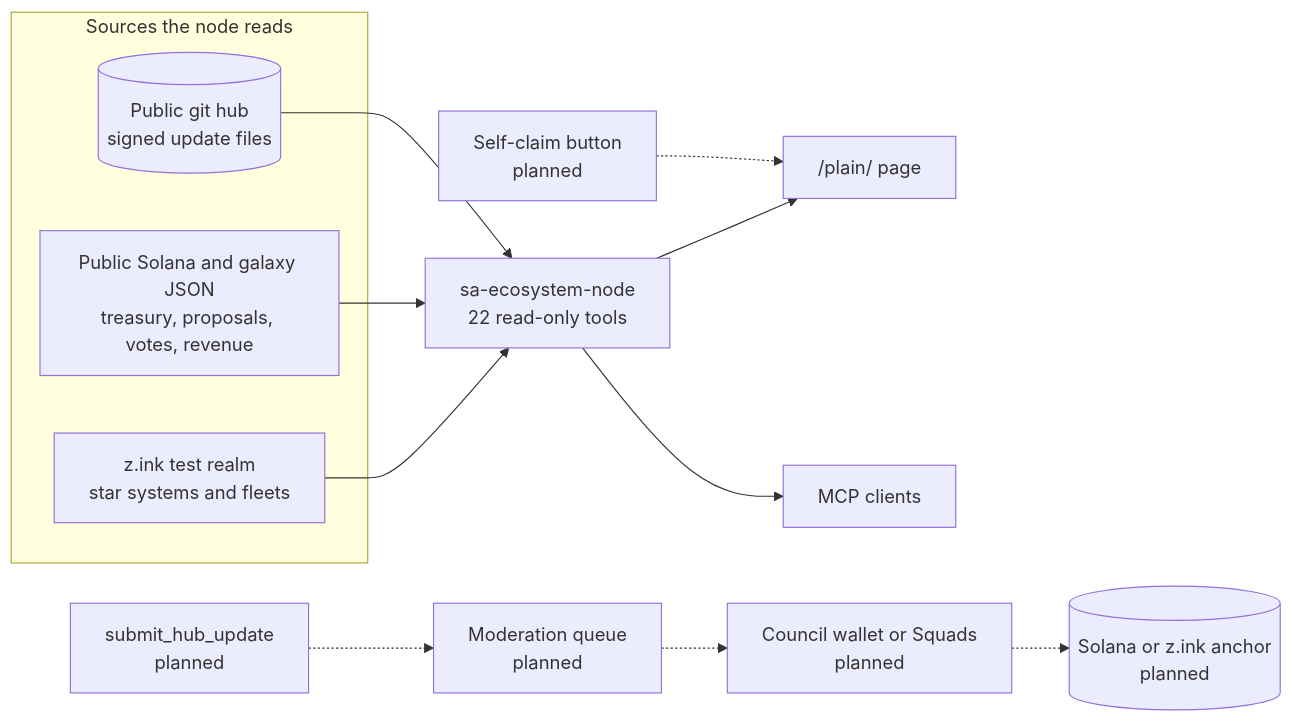
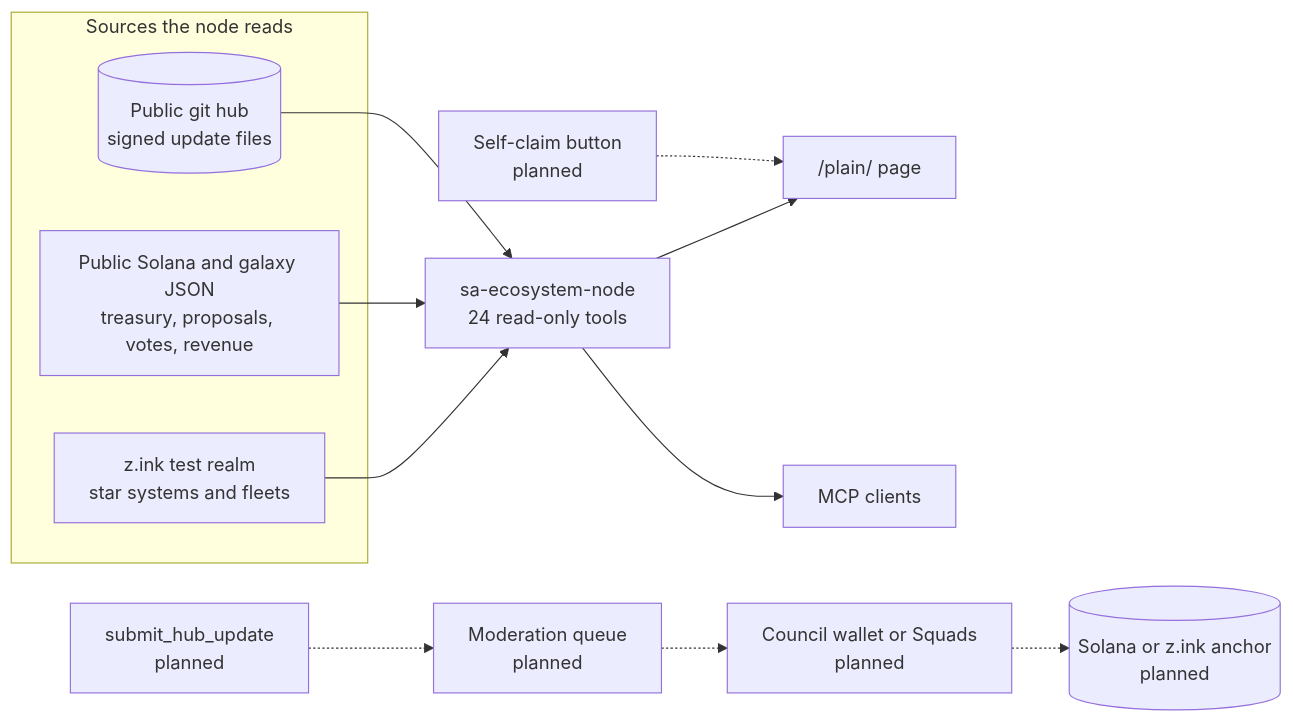
Before and after one commit to PhoenixClaw01/sa-ecosystem-node: the first of 2 diagrams in docs/spec.md, drawn with Mermaid. The commit also changed other lines of this file and 35 other files, not shown here.

````diff
--- a/docs/spec.md
+++ b/docs/spec.md
@@ -21,17 +21,17 @@
 ```mermaid
 flowchart LR
   subgraph sources [Sources the node reads]
     G[z.ink test realm<br/>star systems and fleets]
     C[Public Solana and galaxy JSON<br/>treasury, proposals, votes, revenue]
     H[(Public git hub<br/>signed update files)]
   end
-  G --> N[sa-ecosystem-node<br/>22 read-only tools]
+  G --> N[sa-ecosystem-node<br/>24 read-only tools]
   C --> N
   H --> N
   N --> P["/plain/ page"]
   N --> M[MCP clients]
   Q[Moderation queue<br/>planned] -.-> A[Council wallet or Squads<br/>planned]
   A -.-> K[(Solana or z.ink anchor<br/>planned)]
   S[submit_hub_update<br/>planned] -.-> Q
   B[Self-claim button<br/>planned] -.-> P
 ```
````
